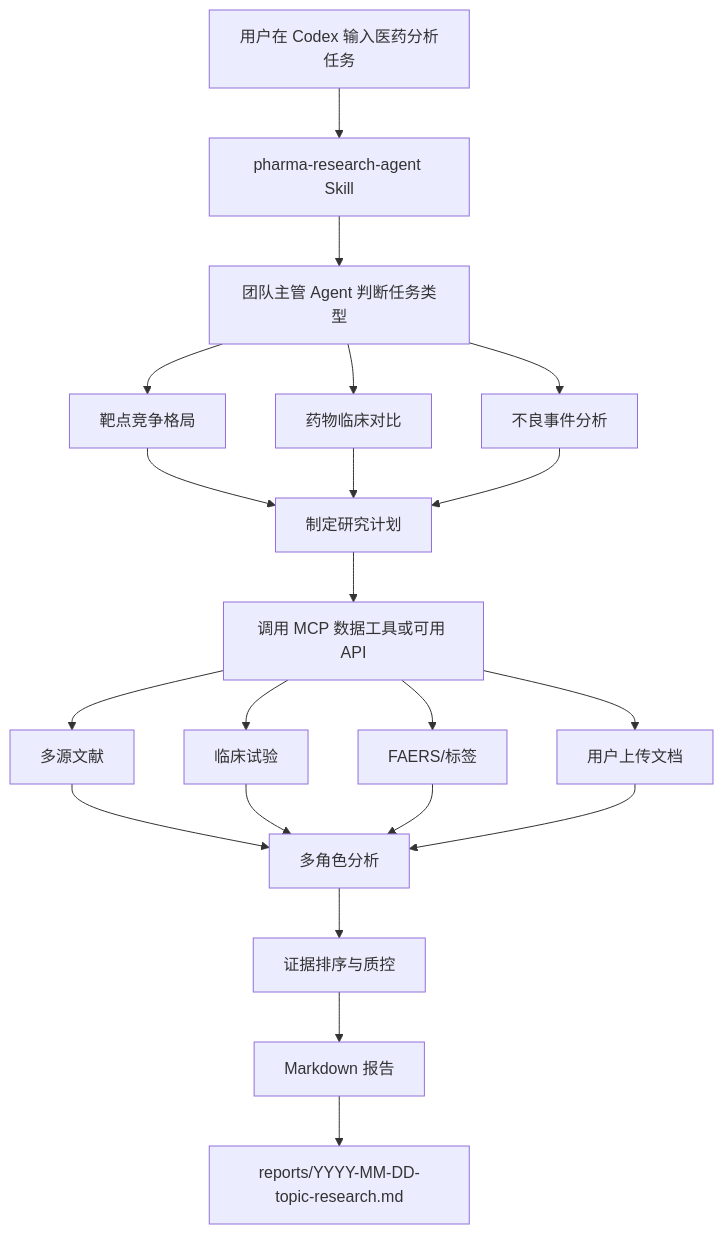
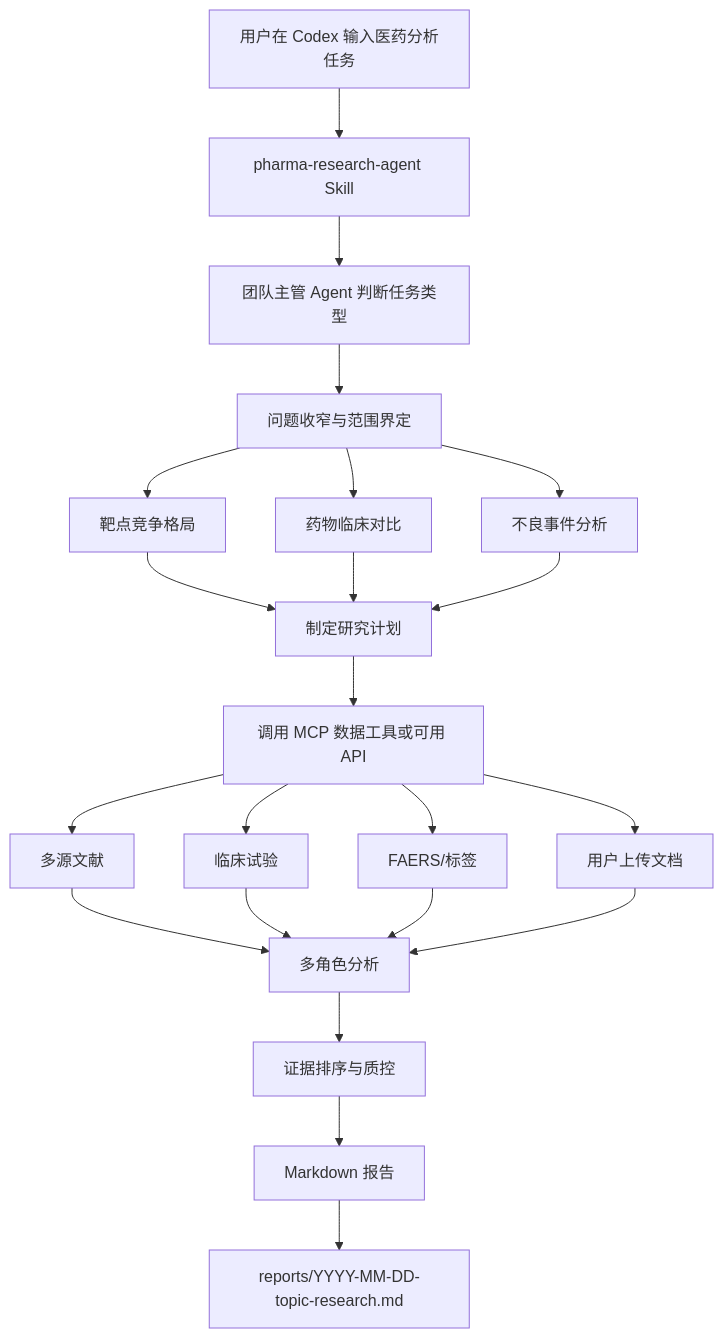
Before and after one commit to x7lovelife-dev/medres: the first of 2 diagrams in docs/医药分析多角色智能体需求与实现方案.md, drawn with Mermaid. The commit also changed other lines of this file and 15 other files, not shown here.

````diff
--- a/docs/医药分析多角色智能体需求与实现方案.md
+++ b/docs/医药分析多角色智能体需求与实现方案.md
@@ -20,23 +20,24 @@
 ```mermaid
 flowchart TD
     A[用户在 Codex 输入医药分析任务] --> B[pharma-research-agent Skill]
     B --> C[团队主管 Agent 判断任务类型]
-    C --> D1[靶点竞争格局]
-    C --> D2[药物临床对比]
-    C --> D3[不良事件分析]
+    C --> S[问题收窄与范围界定]
+    S --> D1[靶点竞争格局]
+    S --> D2[药物临床对比]
+    S --> D3[不良事件分析]
     D1 --> E[制定研究计划]
     D2 --> E
     D3 --> E
     E --> F[调用 MCP 数据工具或可用 API]
     F --> G1[多源文献]
     F --> G2[临床试验]
     F --> G3[FAERS/标签]
     F --> G4[用户上传文档]
     G1 --> H[多角色分析]
     G2 --> H
     G3 --> H
     G4 --> H
     H --> I[证据排序与质控]
     I --> J[Markdown 报告]
     J --> K[reports/YYYY-MM-DD-topic-research.md]
 ```
````
